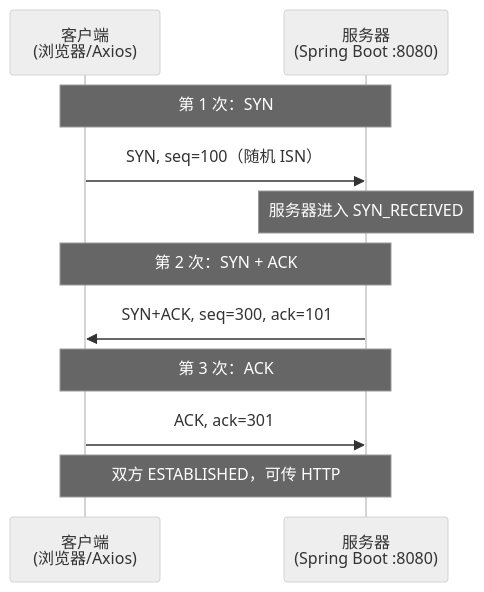
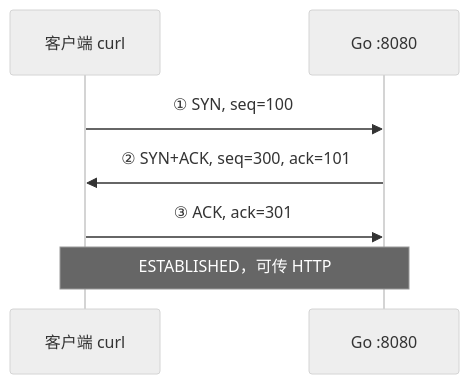
Before and after one commit to moqix26/study: the second of 4 diagrams in 前端学习/计算机网络/02-TCP与UDP.md, drawn with Mermaid (neutral theme). The commit also changed other lines of this file and 10 other files, not shown here.

````diff
--- a/前端学习/计算机网络/02-TCP与UDP.md
+++ b/前端学习/计算机网络/02-TCP与UDP.md
@@ -203,16 +153,10 @@
 ```mermaid
 sequenceDiagram
-    participant C as 客户端<br/>(浏览器/Axios)
-    participant S as 服务器<br/>(Spring Boot :8080)
+    participant C as 客户端 curl
+    participant S as Go :8080
 
-    Note over C,S: 第 1 次：SYN
-    C->>S: SYN, seq=100（随机 ISN）
-    Note over S: 服务器进入 SYN_RECEIVED
-
-    Note over C,S: 第 2 次：SYN + ACK
-    S->>C: SYN+ACK, seq=300, ack=101
-
-    Note over C,S: 第 3 次：ACK
-    C->>S: ACK, ack=301
-    Note over C,S: 双方 ESTABLISHED，可传 HTTP
+    C->>S: ① SYN, seq=100
+    S->>C: ② SYN+ACK, seq=300, ack=101
+    C->>S: ③ ACK, ack=301
+    Note over C,S: ESTABLISHED，可传 HTTP
 ```
````
